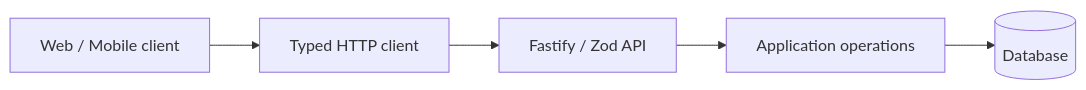
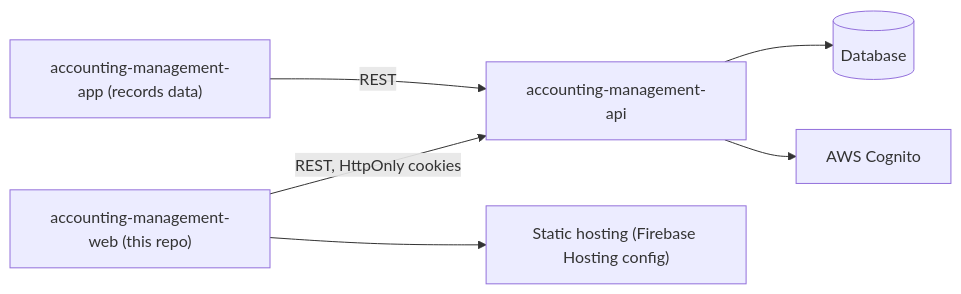
Before and after one commit to mkwitko/field-operations-tracker-web: the first of 2 diagrams in README.md, drawn with Mermaid. The commit also changed other lines of this file and 2 other files, not shown here.

Commit message:
docs: rewrite README; stop tracking Firebase cache

````diff
--- a/README.md
+++ b/README.md
@@ -13,7 +18,8 @@
 ```mermaid
 flowchart LR
-  UI["Web / Mobile client"] --> Client["Typed HTTP client"]
-  Client --> API["Fastify / Zod API"]
-  API --> Logic["Application operations"]
-  Logic --> DB[("Database")]
+  Mobile["accounting-management-app (records data)"] -->|REST| API["accounting-management-api"]
+  Web["accounting-management-web (this repo)"] -->|"REST, HttpOnly cookies"| API
+  API --> DB[(Database)]
+  API --> Cognito[AWS Cognito]
+  Web --> Hosting["Static hosting (Firebase Hosting config)"]
 ```
````
